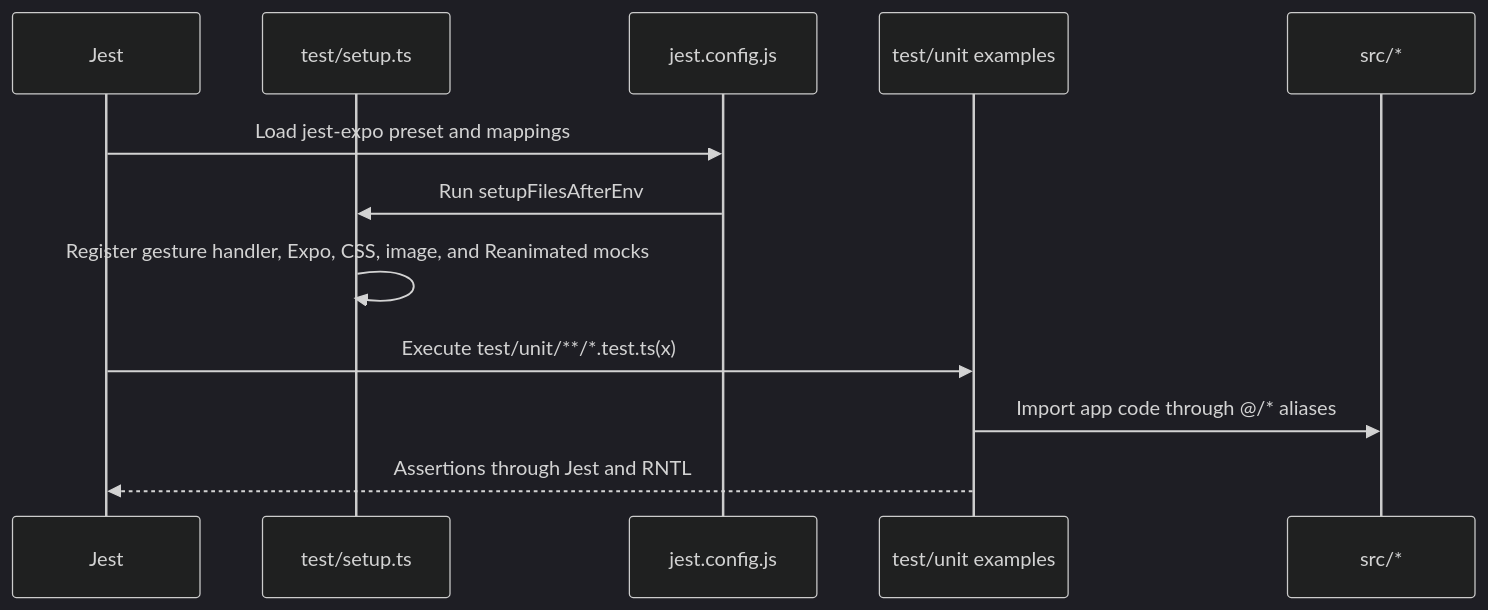
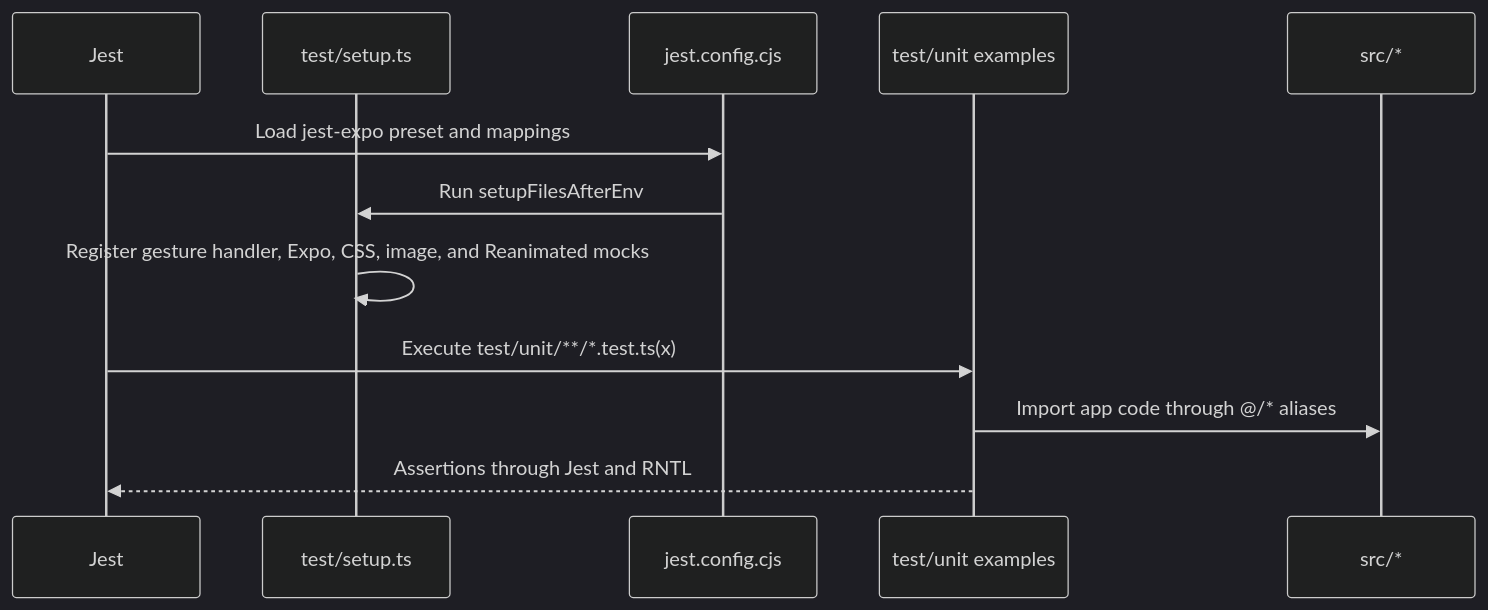
The second of 3 diagrams in docs/tooling_profile.md (izkizk8/spot), drawn with Mermaid (dark theme) before and after one commit. The commit also changed other lines of this file and 118 other files, not shown here.

````diff
--- a/docs/tooling_profile.md
+++ b/docs/tooling_profile.md
@@ -208,15 +208,15 @@
 ```mermaid
 sequenceDiagram
     participant Jest
     participant Setup as test/setup.ts
-    participant Config as jest.config.js
+    participant Config as jest.config.cjs
     participant Test as test/unit examples
     participant App as src/*
 
     Jest->>Config: Load jest-expo preset and mappings
     Config->>Setup: Run setupFilesAfterEnv
     Setup->>Setup: Register gesture handler, Expo, CSS, image, and Reanimated mocks
     Jest->>Test: Execute test/unit/**/*.test.ts(x)
     Test->>App: Import app code through @/* aliases
     Test-->>Jest: Assertions through Jest and RNTL
 ```
````
